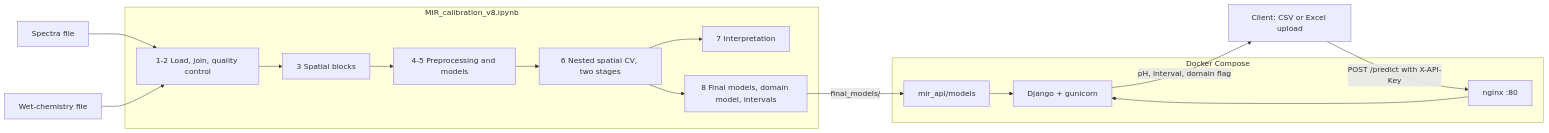
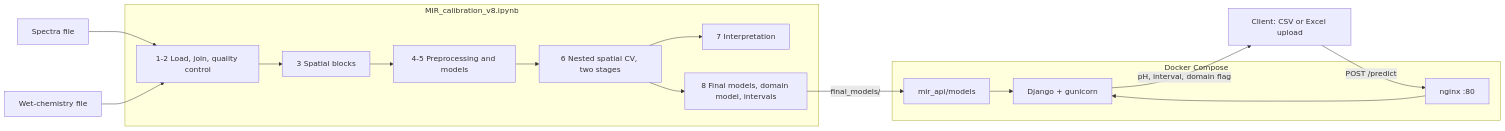
Before and after one commit to phanuelayuka/DSA8401_AML_capstone_project: the diagram in README.md, drawn with Mermaid. The commit also changed other lines of this file and 7 other files, not shown here.

````diff
--- a/README.md
+++ b/README.md
@@ -54,19 +54,19 @@
 ```mermaid
 flowchart LR
     A[Spectra file] --> C
     B[Wet-chemistry file] --> C
     subgraph NB[MIR_calibration_v8.ipynb]
         C[1-2 Load, join, quality control] --> D[3 Spatial blocks]
         D --> E[4-5 Preprocessing and models]
         E --> F[6 Nested spatial CV, two stages]
         F --> G[7 Interpretation]
         F --> H[8 Final models, domain model, intervals]
     end
     H -->|final_models/| M[mir_api/models]
     subgraph API[Docker Compose]
         N[nginx :80] --> P[Django + gunicorn]
         M --> P
     end
-    U[Client: CSV or Excel upload] -->|POST /predict with X-API-Key| N
+    U[Client: CSV or Excel upload] -->|POST /predict| N
     P -->|pH, interval, domain flag| U
 ```
````
